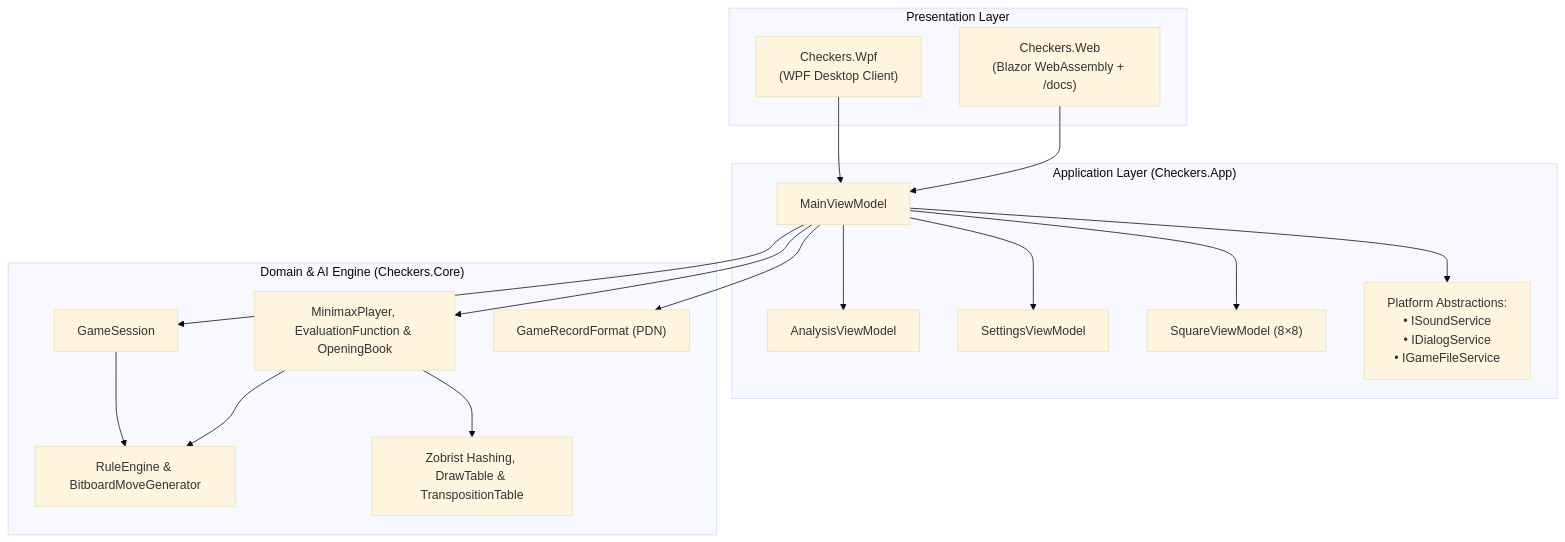
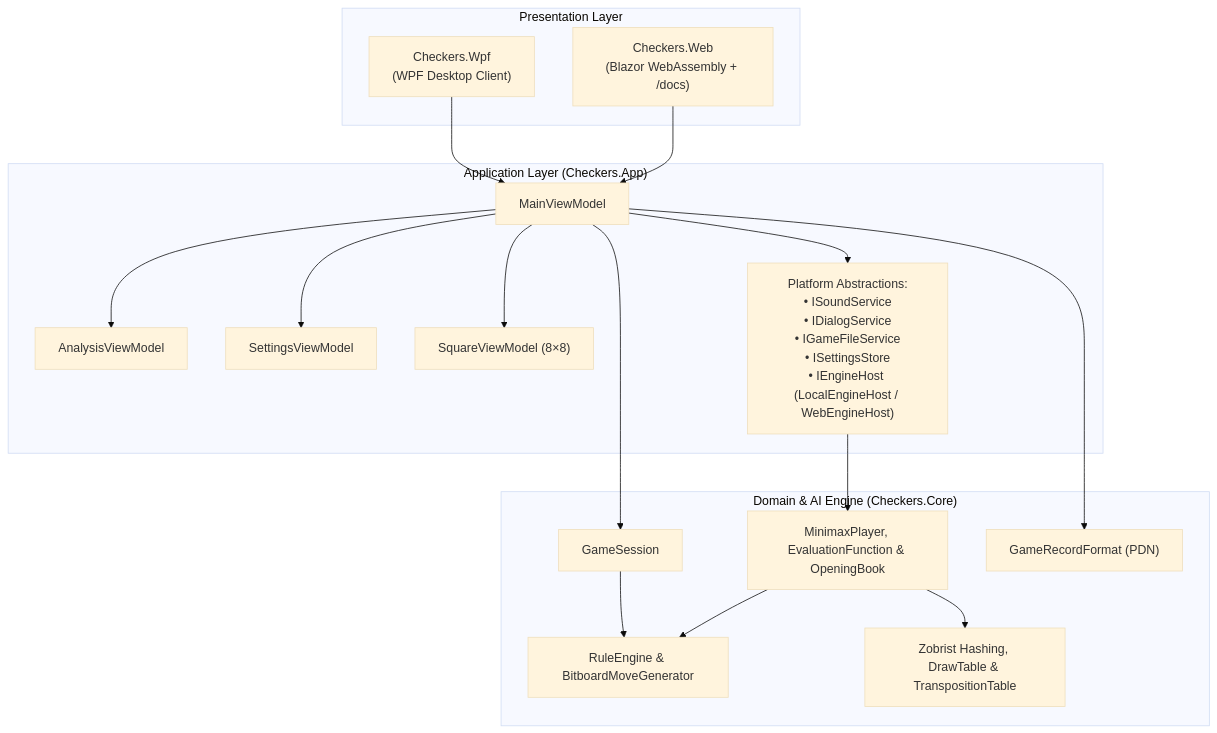
Before and after one commit to cjp-dev/Checkers: the first of 2 diagrams in docs/brain/13-app-integration.md, drawn with Mermaid (base theme). The commit also changed other lines of this file and 21 other files, not shown here.

````diff
--- a/docs/brain/13-app-integration.md
+++ b/docs/brain/13-app-integration.md
@@ -17,36 +17,36 @@
 ```mermaid
 flowchart TD
     subgraph Presentation ["Presentation Layer"]
         WPF["Checkers.Wpf<br/>(WPF Desktop Client)"]
         Web["Checkers.Web<br/>(Blazor WebAssembly + /docs)"]
     end
 
     subgraph Application ["Application Layer (Checkers.App)"]
         MainVM["MainViewModel"]
         AnalysisVM["AnalysisViewModel"]
         SettingsVM["SettingsViewModel"]
         SquareVM["SquareViewModel (8×8)"]
-        Services["Platform Abstractions:<br/>• ISoundService<br/>• IDialogService<br/>• IGameFileService"]
+        Services["Platform Abstractions:<br/>• ISoundService<br/>• IDialogService<br/>• IGameFileService<br/>• ISettingsStore<br/>• IEngineHost (LocalEngineHost / WebEngineHost)"]
     end
 
     subgraph Domain ["Domain &amp; AI Engine (Checkers.Core)"]
         Session["GameSession"]
         RuleEngine["RuleEngine &amp; BitboardMoveGenerator"]
         AI["MinimaxPlayer, EvaluationFunction &amp; OpeningBook"]
         Zobrist["Zobrist Hashing, DrawTable &amp; TranspositionTable"]
         PDN["GameRecordFormat (PDN)"]
     end
 
     WPF --> MainVM
     Web --> MainVM
     MainVM --> AnalysisVM
     MainVM --> SettingsVM
     MainVM --> SquareVM
     MainVM --> Services
     MainVM --> Session
     Session --> RuleEngine
-    MainVM --> AI
+    Services --> AI
     AI --> RuleEngine
     AI --> Zobrist
     MainVM --> PDN
 ```
````
